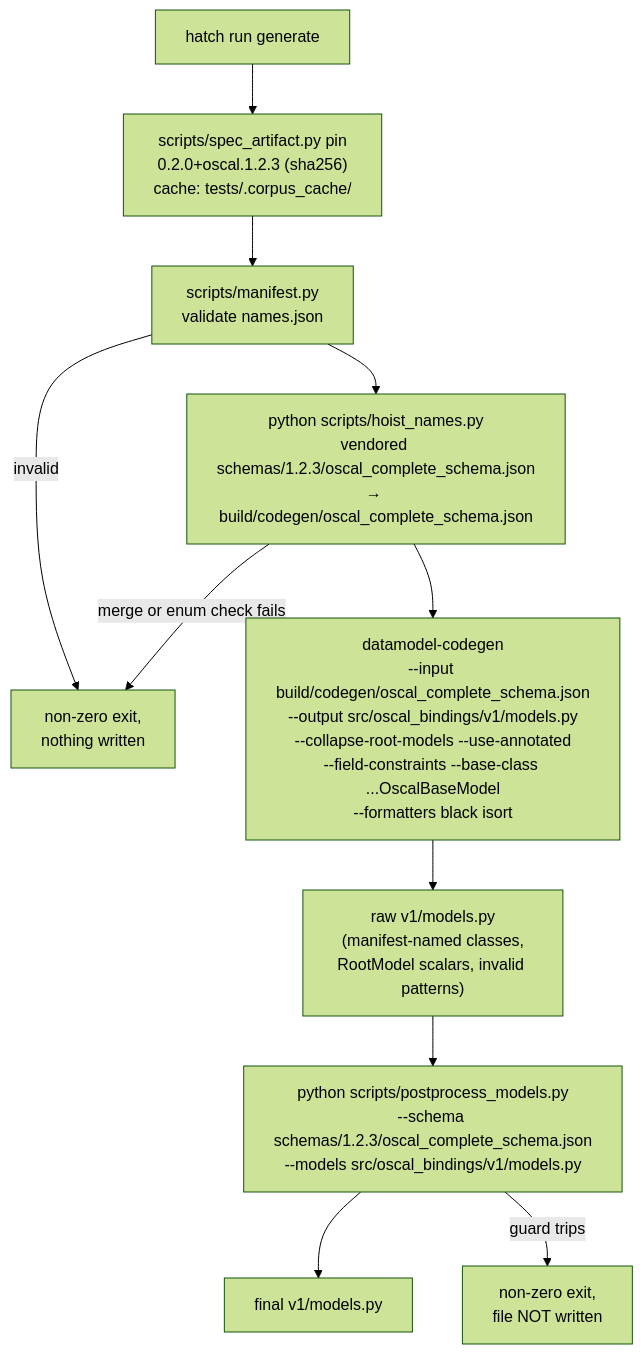
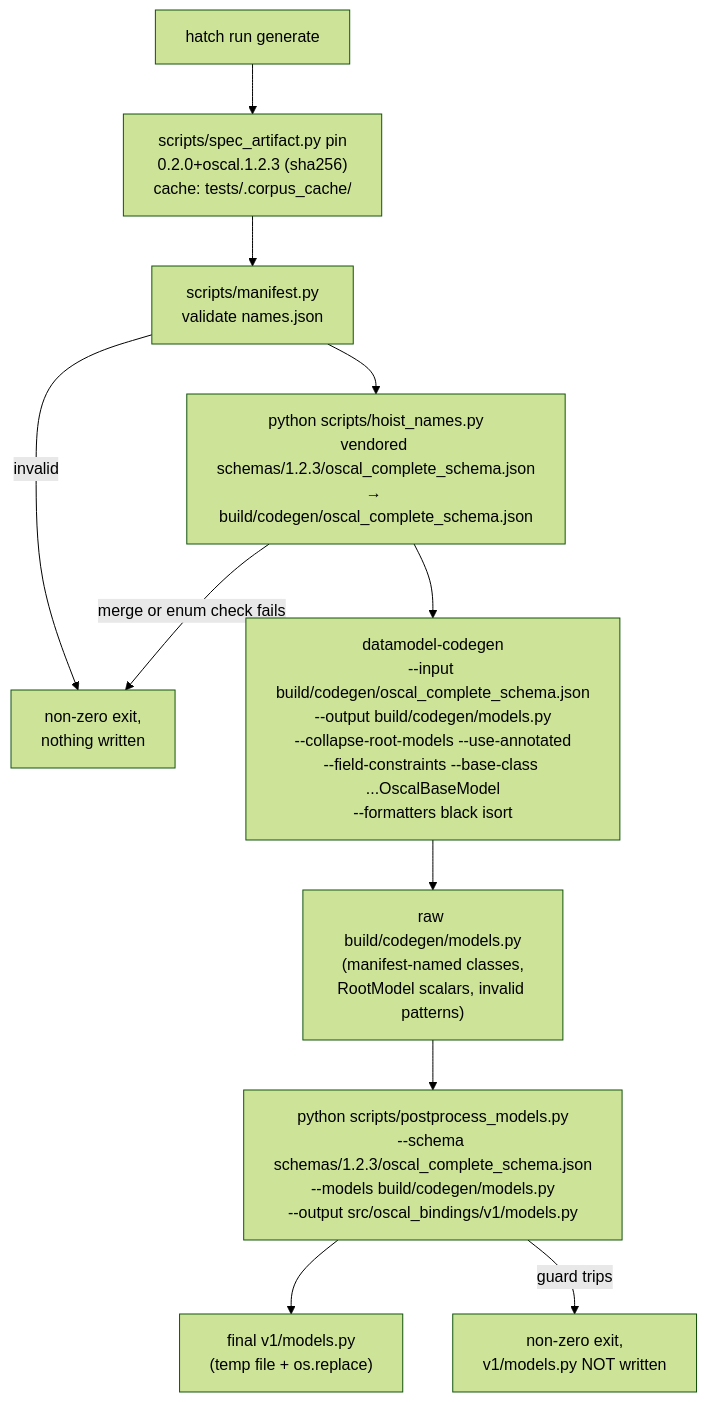
The first of 7 diagrams in .agents/summary/workflows.md (cairn-proofs/oscal-bindings-python), drawn with Mermaid (forest theme) before and after one commit. The commit also changed other lines of this file and 21 other files, not shown here.

````diff
--- a/.agents/summary/workflows.md
+++ b/.agents/summary/workflows.md
@@ -8,13 +8,13 @@
 ```mermaid
 flowchart TD
     A["hatch run generate"] --> P["scripts/spec_artifact.py pin<br/>0.2.0+oscal.1.2.3 (sha256)<br/>cache: tests/.corpus_cache/"]
     P --> M["scripts/manifest.py<br/>validate names.json"]
     M -->|"invalid"| X["non-zero exit,<br/>nothing written"]
     M --> H["python scripts/hoist_names.py<br/>vendored schemas/1.2.3/oscal_complete_schema.json<br/>→ build/codegen/oscal_complete_schema.json"]
     H -->|"merge or enum check fails"| X
-    H --> B["datamodel-codegen<br/>--input build/codegen/oscal_complete_schema.json<br/>--output src/oscal_bindings/v1/models.py<br/>--collapse-root-models --use-annotated<br/>--field-constraints --base-class ...OscalBaseModel<br/>--formatters black isort"]
-    B --> C["raw v1/models.py<br/>(manifest-named classes,<br/>RootModel scalars, invalid patterns)"]
-    C --> D["python scripts/postprocess_models.py<br/>--schema schemas/1.2.3/oscal_complete_schema.json<br/>--models src/oscal_bindings/v1/models.py"]
-    D --> E["final v1/models.py"]
-    D -->|"guard trips"| F["non-zero exit,<br/>file NOT written"]
+    H --> B["datamodel-codegen<br/>--input build/codegen/oscal_complete_schema.json<br/>--output build/codegen/models.py<br/>--collapse-root-models --use-annotated<br/>--field-constraints --base-class ...OscalBaseModel<br/>--formatters black isort"]
+    B --> C["raw build/codegen/models.py<br/>(manifest-named classes,<br/>RootModel scalars, invalid patterns)"]
+    C --> D["python scripts/postprocess_models.py<br/>--schema schemas/1.2.3/oscal_complete_schema.json<br/>--models build/codegen/models.py<br/>--output src/oscal_bindings/v1/models.py"]
+    D --> E["final v1/models.py<br/>(temp file + os.replace)"]
+    D -->|"guard trips"| F["non-zero exit,<br/>v1/models.py NOT written"]
 ```
````
